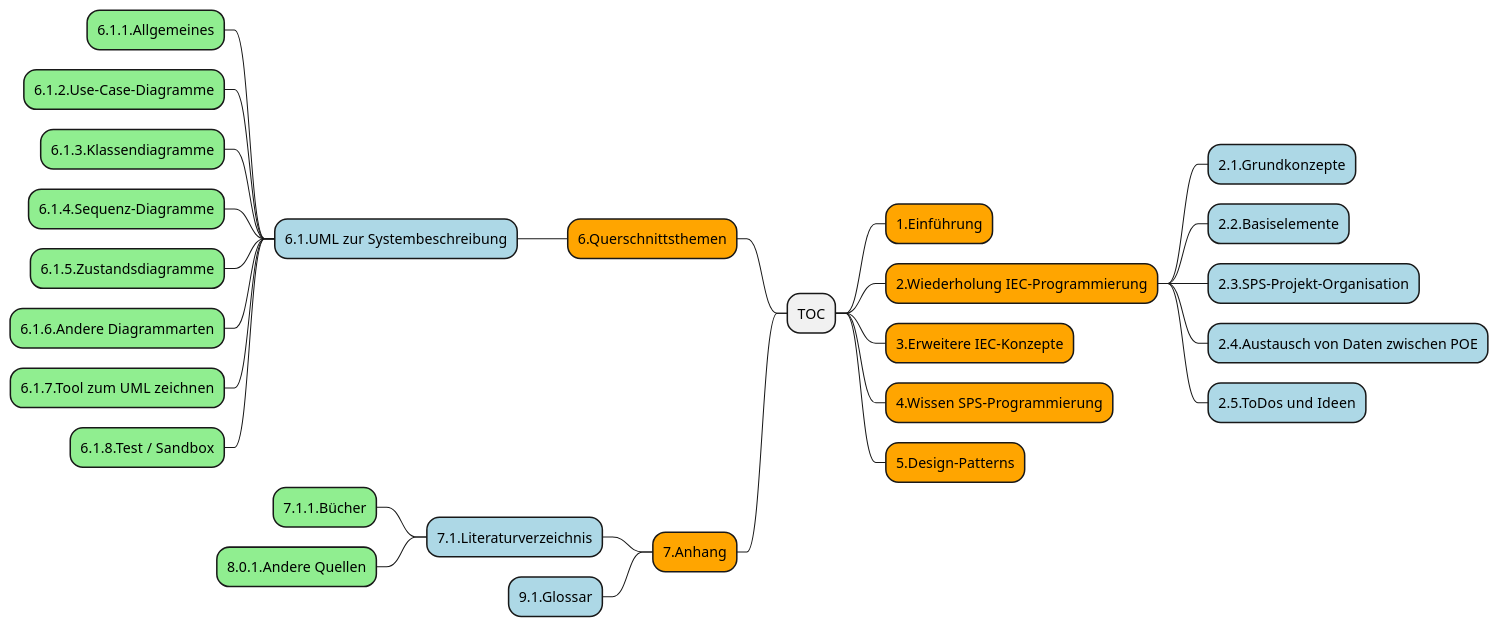
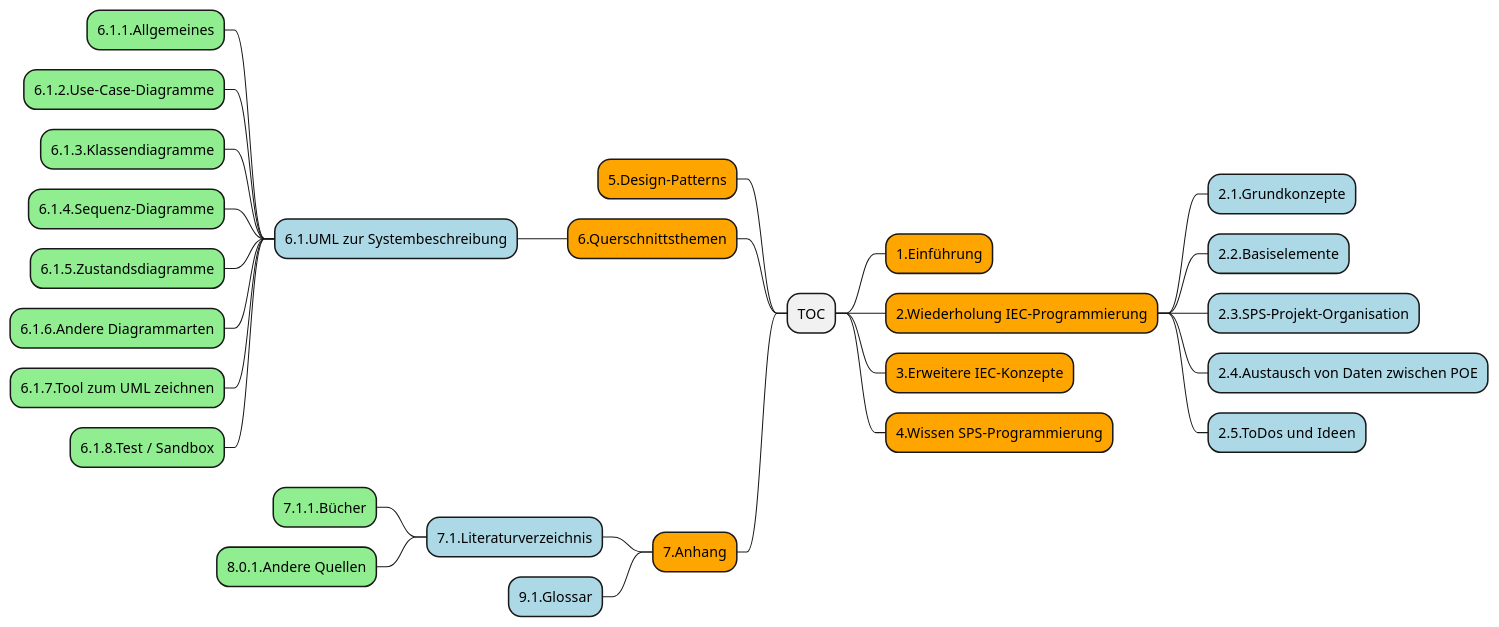
Before and after one commit to profAW/toc2mm: the diagram in example-toc-mm.plantuml, drawn with PlantUML. The commit also changed other lines of this file and 3 other files, not shown here.

```diff
--- a/example-toc-mm.plantuml
+++ b/example-toc-mm.plantuml
@@ -1,29 +1,29 @@
 @startmindmap
 * TOC
 **[#Orange] 1.Einführung
 **[#Orange] 2.Wiederholung IEC-Programmierung
 ***[#lightblue] 2.1.Grundkonzepte
 ***[#lightblue] 2.2.Basiselemente
 ***[#lightblue] 2.3.SPS-Projekt-Organisation
 ***[#lightblue] 2.4.Austausch von Daten zwischen POE
 ***[#lightblue] 2.5.ToDos und Ideen
 **[#Orange] 3.Erweitere IEC-Konzepte
 **[#Orange] 4.Wissen SPS-Programmierung
+left side
 **[#Orange] 5.Design-Patterns
-left side
 **[#Orange] 6.Querschnittsthemen
 ***[#lightblue] 6.1.UML zur Systembeschreibung
 ****[#lightgreen] 6.1.1.Allgemeines
 ****[#lightgreen] 6.1.2.Use-Case-Diagramme
 ****[#lightgreen] 6.1.3.Klassendiagramme
 ****[#lightgreen] 6.1.4.Sequenz-Diagramme
 ****[#lightgreen] 6.1.5.Zustandsdiagramme
 ****[#lightgreen] 6.1.6.Andere Diagrammarten
 ****[#lightgreen] 6.1.7.Tool zum UML zeichnen
 ****[#lightgreen] 6.1.8.Test / Sandbox
 **[#Orange] 7.Anhang
 ***[#lightblue] 7.1.Literaturverzeichnis
 ****[#lightgreen] 7.1.1.Bücher
 ****[#lightgreen] 8.0.1.Andere Quellen
 ***[#lightblue] 9.1.Glossar
 @endmindmap
```
